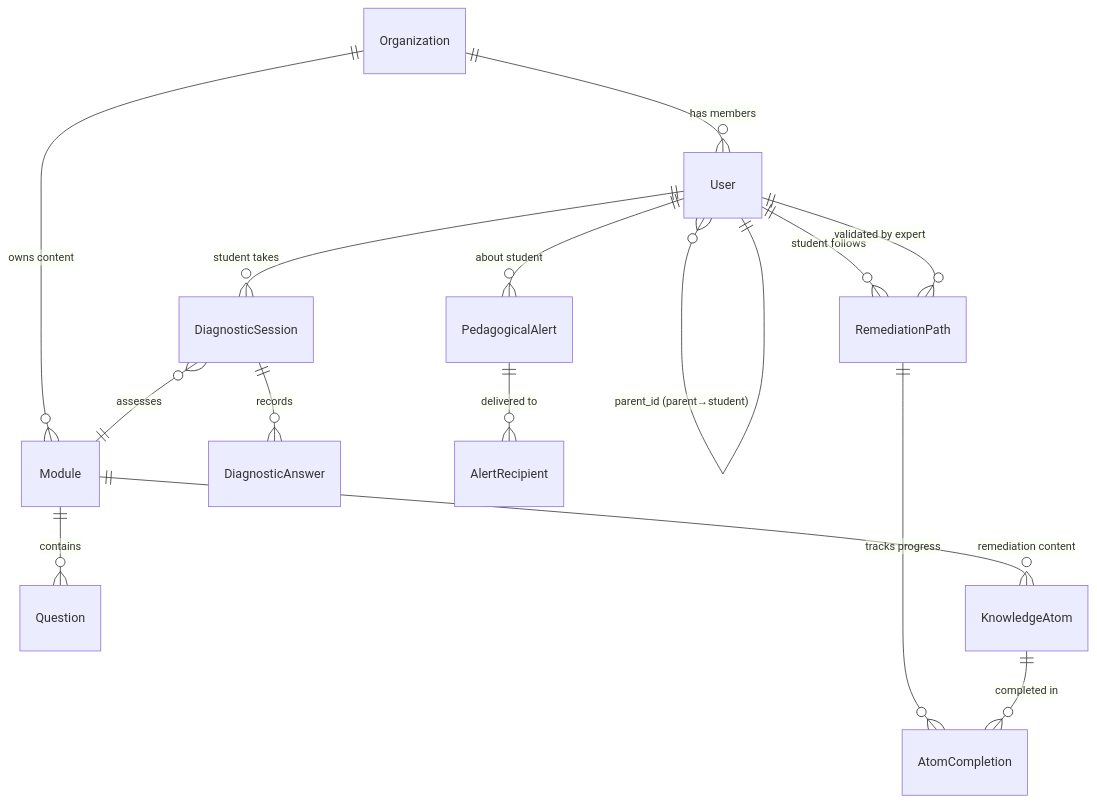
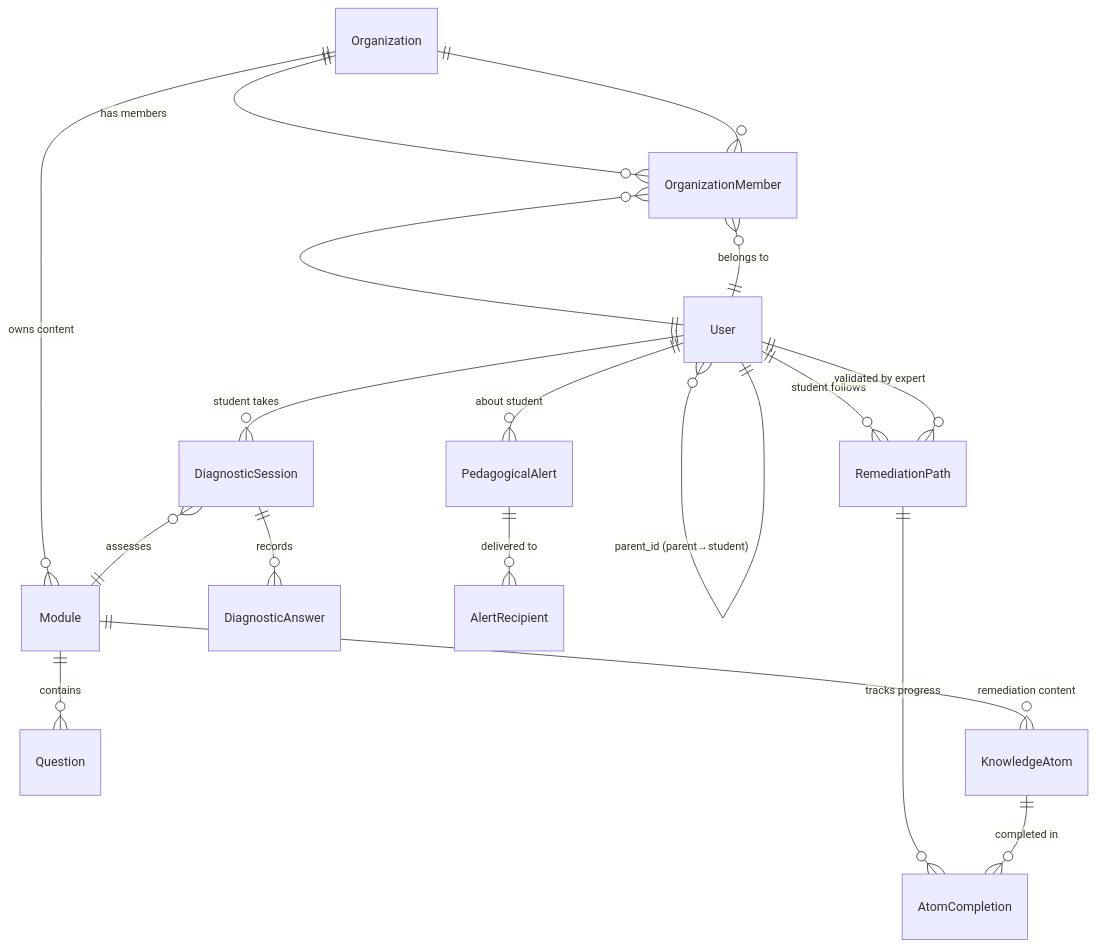
The fourth of 5 diagrams in _bmad-output/planning-artifacts/architecture/ARCHITECTURE-SPINE.md (a2mus/smart-da3m), drawn with Mermaid before and after one commit. The commit also changed other lines of this file and 1 other file, not shown here.

First line of the commit message:
docs(architecture,spec): reframe OQ-7, amend AD-4 for multi-org experts

````diff
--- a/_bmad-output/planning-artifacts/architecture/ARCHITECTURE-SPINE.md
+++ b/_bmad-output/planning-artifacts/architecture/ARCHITECTURE-SPINE.md
@@ -252,22 +254,26 @@
 ```mermaid
 erDiagram
-    Organization ||--o{ User : "has members"
+    Organization ||--o{ OrganizationMember : "has members"
+    User ||--o{ OrganizationMember : "belongs to"
     Organization ||--o{ Module : "owns content"
+
+    OrganizationMember }o--|| Organization : ""
+    OrganizationMember }o--|| User : ""
 
     User ||--o{ DiagnosticSession : "student takes"
     User ||--o{ RemediationPath : "student follows"
     User ||--o{ PedagogicalAlert : "about student"
     User }o--|| User : "parent_id (parent→student)"
 
     Module ||--o{ Question : "contains"
     Module ||--o{ KnowledgeAtom : "remediation content"
 
     DiagnosticSession ||--o{ DiagnosticAnswer : "records"
     DiagnosticSession }o--|| Module : "assesses"
 
     RemediationPath ||--o{ AtomCompletion : "tracks progress"
     RemediationPath }o--|| User : "validated by expert"
     KnowledgeAtom ||--o{ AtomCompletion : "completed in"
 
     PedagogicalAlert ||--o{ AlertRecipient : "delivered to"
 ```
````
